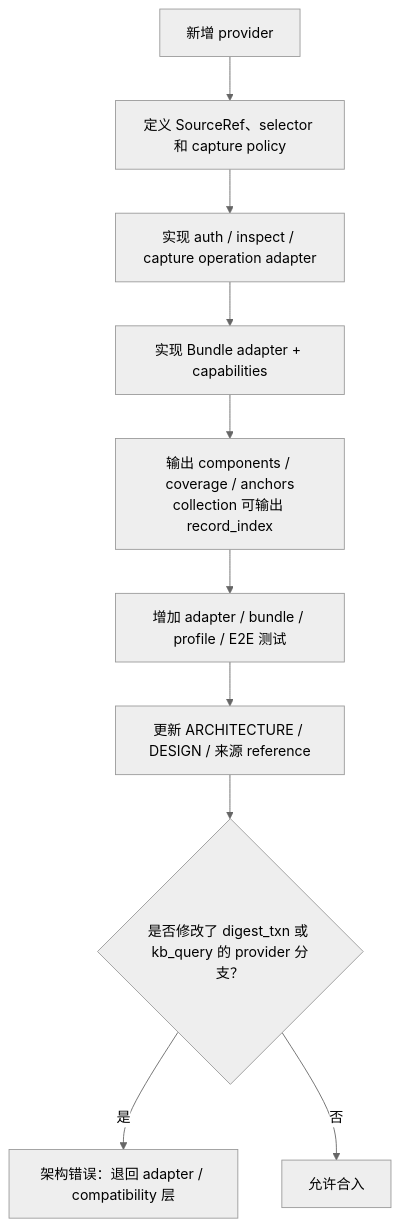
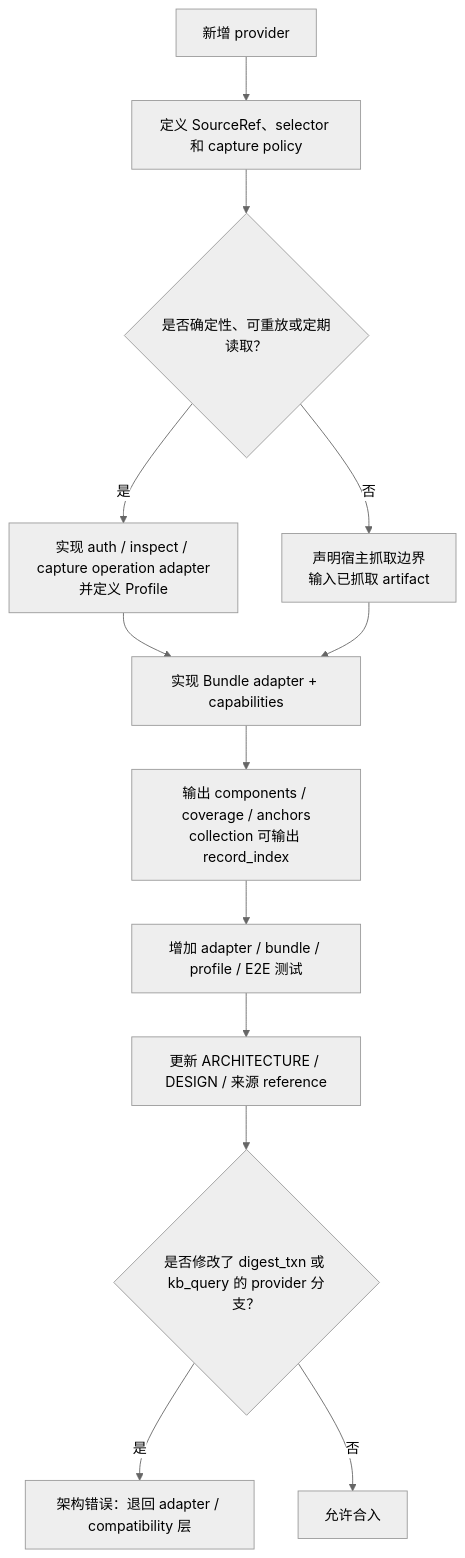
Diagram 17 of 18 in ARCHITECTURE.md (ranjiao/byteworker), drawn with Mermaid (neutral theme) before and after one commit. The commit also changed other lines of this file and 42 other files, not shown here.

````diff
--- a/ARCHITECTURE.md
+++ b/ARCHITECTURE.md
@@ -665,17 +711,22 @@
 ```mermaid
 flowchart TD
     N["新增 provider"]
     P["定义 SourceRef、selector 和 capture policy"]
-    O["实现 auth / inspect / capture operation adapter"]
+    RPT{"是否确定性、可重放或定期读取？"}
+    O["实现 auth / inspect / capture operation adapter<br/>并定义 Profile"]
+    H["声明宿主抓取边界<br/>输入已抓取 artifact"]
     B["实现 Bundle adapter + capabilities"]
     C["输出 components / coverage / anchors<br/>collection 可输出 record_index"]
     T["增加 adapter / bundle / profile / E2E 测试"]
     D["更新 ARCHITECTURE / DESIGN / 来源 reference"]
     X{"是否修改了 digest_txn 或 kb_query 的 provider 分支？"}
     R["架构错误：退回 adapter / compatibility 层"]
     OK["允许合入"]
 
-    N --> P --> O --> B --> C --> T --> D --> X
+    N --> P --> RPT
+    RPT -->|"是"| O --> B
+    RPT -->|"否"| H --> B
+    B --> C --> T --> D --> X
     X -->|"是"| R
     X -->|"否"| OK
 ```
````
